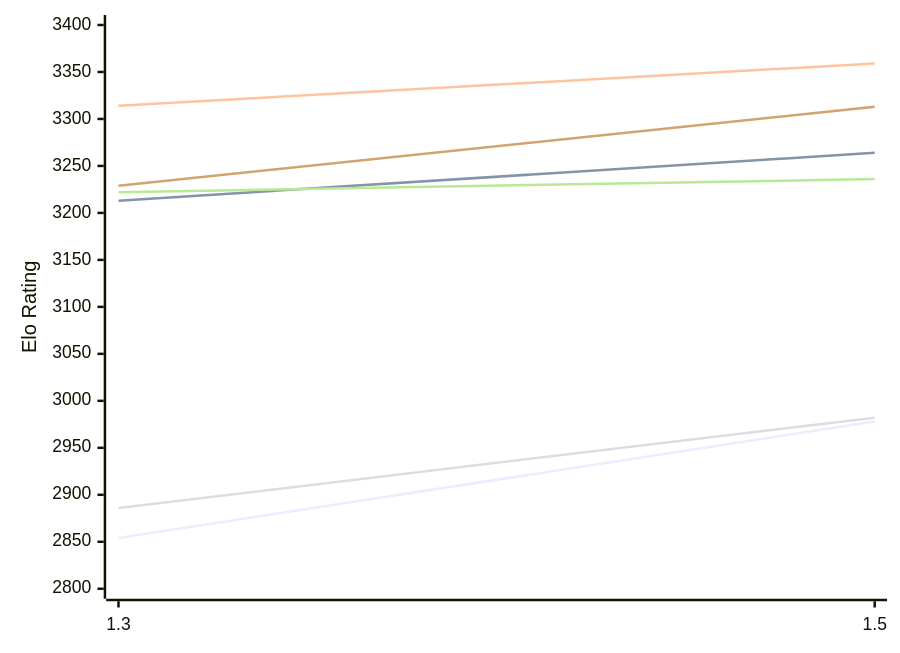
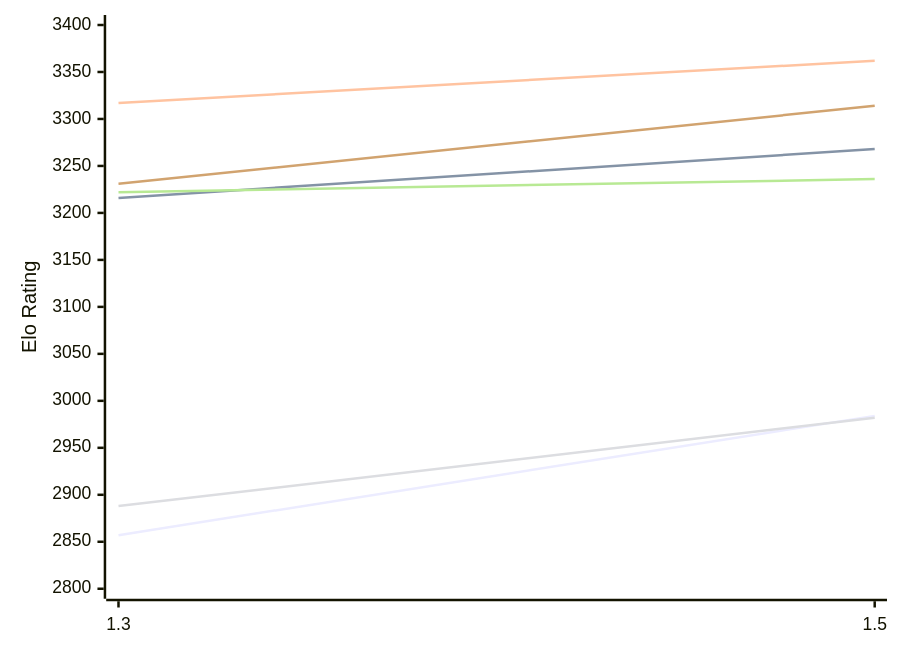
Before and after one commit to computer-chess-index/cci: the first of 2 diagrams in engines/Lambergar.md, drawn with Mermaid. The commit also changed other lines of this file, not shown here.

Commit message:
Update CCI Ratings (ELO VLTC) - 2026-11-22

````diff
--- a/engines/Lambergar.md
+++ b/engines/Lambergar.md
@@ -50,12 +50,12 @@
 ```mermaid
 %%{init: {"theme":"base","themeVariables":{"seriesColors:['#a3a3a3','#222221','#faa371']}}}%%
 xychart-beta
   x-axis ["1.3", "1.5"]
   y-axis "Elo Rating" 2800 --> 3400
-  line "E1: STC (8.0+0.08s)" [2854, 2978]
-  line "E1: LTC (60.0+0.60s)" [3213, 3264]
-  line "E1: VLTC (2m24s+1.12s)" [3314, 3359]
-  line "P1: STC (8.0+0.08s)" [2886, 2982]
+  line "E1: STC (8.0+0.08s)" [2857, 2984]
+  line "E1: LTC (60.0+0.60s)" [3216, 3268]
+  line "E1: VLTC (2m24s+1.12s)" [3317, 3362]
+  line "P1: STC (8.0+0.08s)" [2888, 2982]
   line "P1: LTC (60.0+0.60s)" [3222, 3236]
-  line "P1: VLTC (2m24s+1.12s)" [3229, 3313]
+  line "P1: VLTC (2m24s+1.12s)" [3231, 3314]
 ```
````
